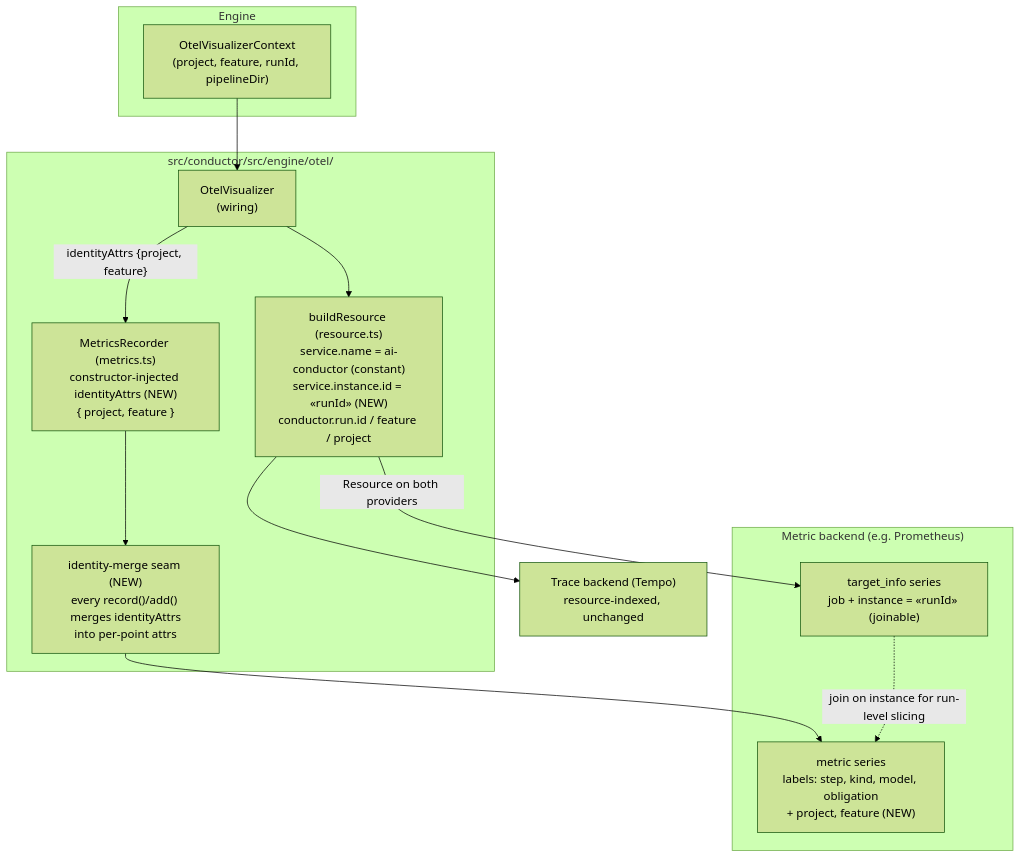
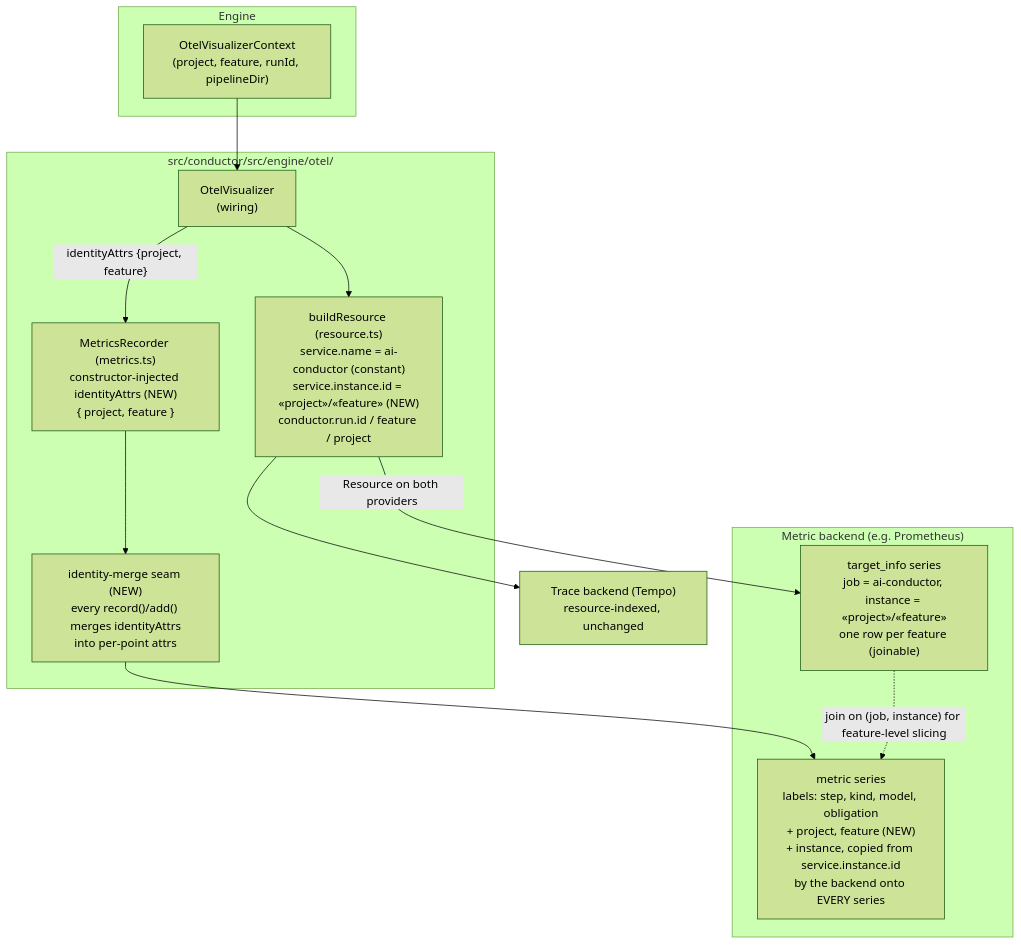
The diagram in .docs/architecture/every-project-reports-the-same-otel-identity-so-me.md (jstoup111/ai-conductor), drawn with Mermaid (forest theme) before and after one commit. The commit also changed other lines of this file and 4 other files, not shown here.

First line of the commit message:
spec: re-key service.instance.id to project/feature (AB-2)

````diff
--- a/.docs/architecture/every-project-reports-the-same-otel-identity-so-me.md
+++ b/.docs/architecture/every-project-reports-the-same-otel-identity-so-me.md
@@ -10,29 +10,29 @@
 ```mermaid
 graph TD
     subgraph Engine
         CTX["OtelVisualizerContext<br/>(project, feature, runId, pipelineDir)"]
     end
 
     subgraph otel["src/conductor/src/engine/otel/"]
         VIS["OtelVisualizer<br/>(wiring)"]
-        RES["buildResource (resource.ts)<br/>service.name = ai-conductor (constant)<br/>service.instance.id = «runId» (NEW)<br/>conductor.run.id / feature / project"]
+        RES["buildResource (resource.ts)<br/>service.name = ai-conductor (constant)<br/>service.instance.id = «project»/«feature» (NEW)<br/>conductor.run.id / feature / project"]
         MRC["MetricsRecorder (metrics.ts)<br/>constructor-injected identityAttrs (NEW)<br/>{ project, feature }"]
         SEAM["identity-merge seam (NEW)<br/>every record()/add() merges identityAttrs<br/>into per-point attrs"]
     end
 
     subgraph Backend["Metric backend (e.g. Prometheus)"]
-        TI["target_info series<br/>job + instance = «runId» (joinable)"]
-        DP["metric series<br/>labels: step, kind, model, obligation<br/>+ project, feature (NEW)"]
+        TI["target_info series<br/>job = ai-conductor, instance = «project»/«feature»<br/>one row per feature (joinable)"]
+        DP["metric series<br/>labels: step, kind, model, obligation<br/>+ project, feature (NEW)<br/>+ instance, copied from service.instance.id<br/>by the backend onto EVERY series"]
     end
 
     TEMPO["Trace backend (Tempo)<br/>resource-indexed, unchanged"]
 
     CTX --> VIS
     VIS --> RES
     VIS -->|"identityAttrs {project, feature}"| MRC
     MRC --> SEAM
     RES -->|Resource on both providers| TI
     RES --> TEMPO
     SEAM --> DP
-    TI -.->|"join on instance for run-level slicing"| DP
+    TI -.->|"join on (job, instance) for feature-level slicing"| DP
 ```
````
